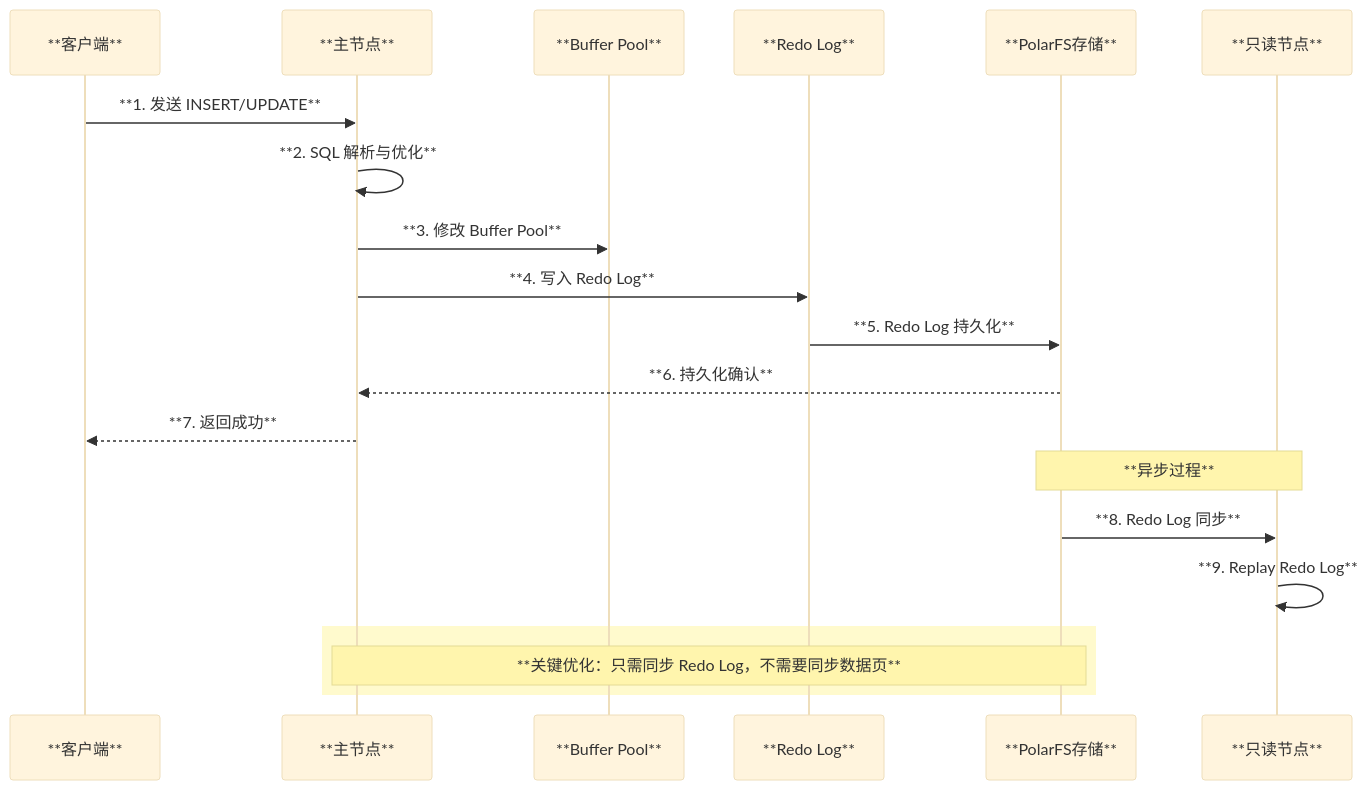
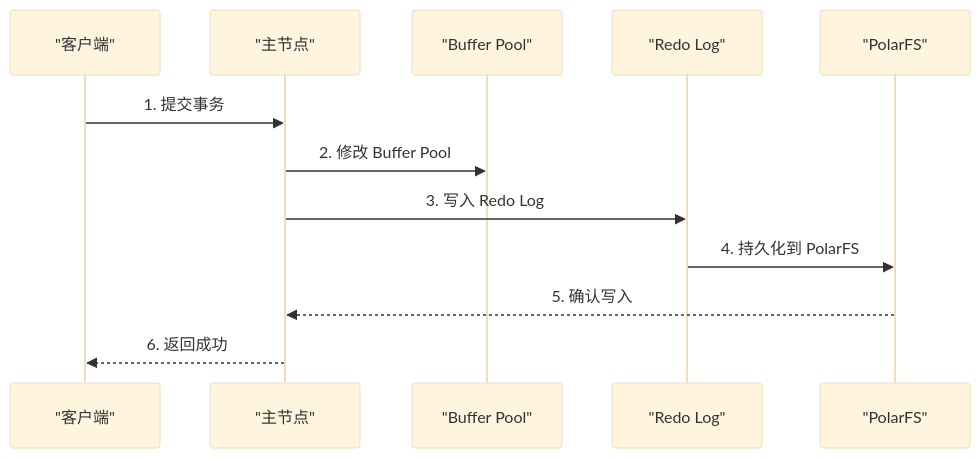
One commit to victor1589007281/percona-server changed the fourth of 29 diagrams in vdocs/design/PolarDB_Architecture.md. Above: the diagram before and after it, drawn with Mermaid (base theme). The commit also changed other lines of this file and 141 other files, not shown here.

````diff
--- a/vdocs/design/PolarDB_Architecture.md
+++ b/vdocs/design/PolarDB_Architecture.md
@@ -161,25 +161,15 @@
 ```mermaid
 sequenceDiagram
-    participant **C** as **客户端**
-    participant **P** as **主节点**
-    participant **BP** as **Buffer Pool**
-    participant **RL** as **Redo Log**
-    participant **PFS** as **PolarFS存储**
-    participant **RO** as **只读节点**
+    participant C as "客户端"
+    participant P as "主节点"
+    participant BP as "Buffer Pool"
+    participant RL as "Redo Log"
+    participant PFS as "PolarFS"
     
-    **C**->>**P**: **1. 发送 INSERT/UPDATE**
-    **P**->>**P**: **2. SQL 解析与优化**
-    **P**->>**BP**: **3. 修改 Buffer Pool**
-    **P**->>**RL**: **4. 写入 Redo Log**
-    **RL**->>**PFS**: **5. Redo Log 持久化**
-    **PFS**-->>**P**: **6. 持久化确认**
-    **P**-->>**C**: **7. 返回成功**
-    
-    Note over **PFS**,**RO**: **异步过程**
-    **PFS**->>**RO**: **8. Redo Log 同步**
-    **RO**->>**RO**: **9. Replay Redo Log**
-    
-    rect rgb(255, 250, 205)
-    Note over **P**,**PFS**: **关键优化：只需同步 Redo Log，不需要同步数据页**
-    end
+    C->>P: 1. 提交事务
+    P->>BP: 2. 修改 Buffer Pool
+    P->>RL: 3. 写入 Redo Log
+    RL->>PFS: 4. 持久化到 PolarFS
+    PFS-->>P: 5. 确认写入
+    P-->>C: 6. 返回成功
 ```
````
